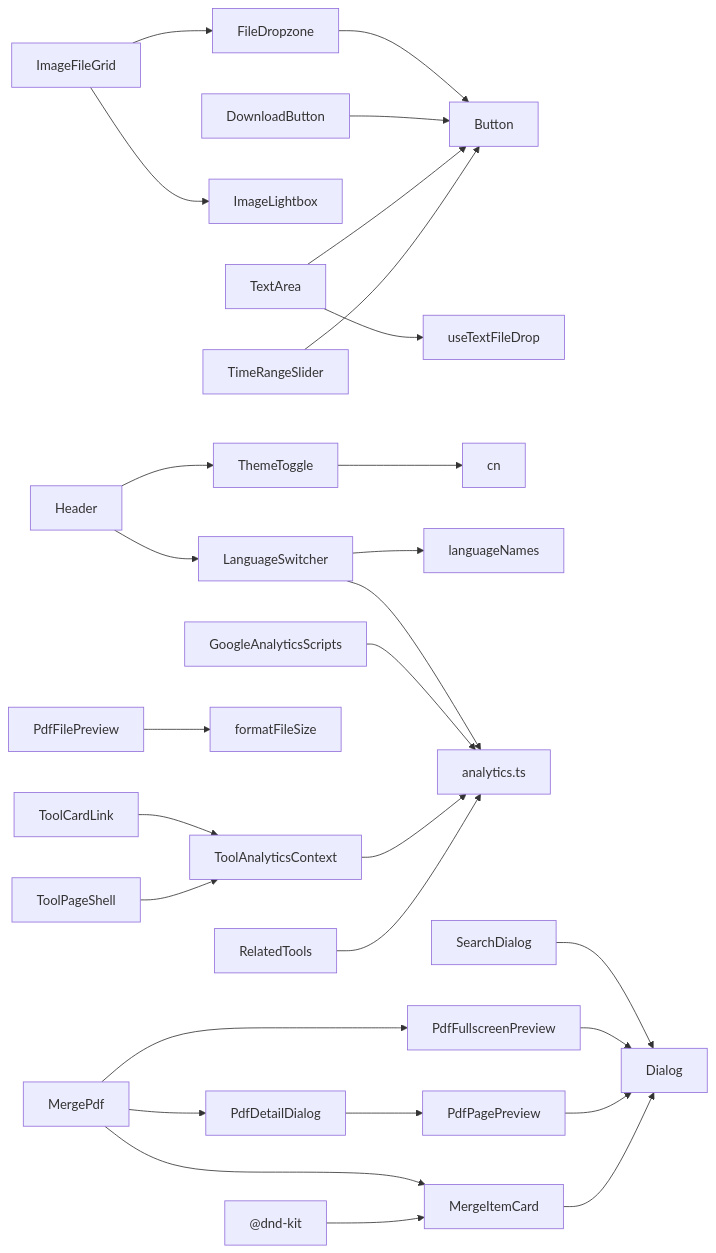
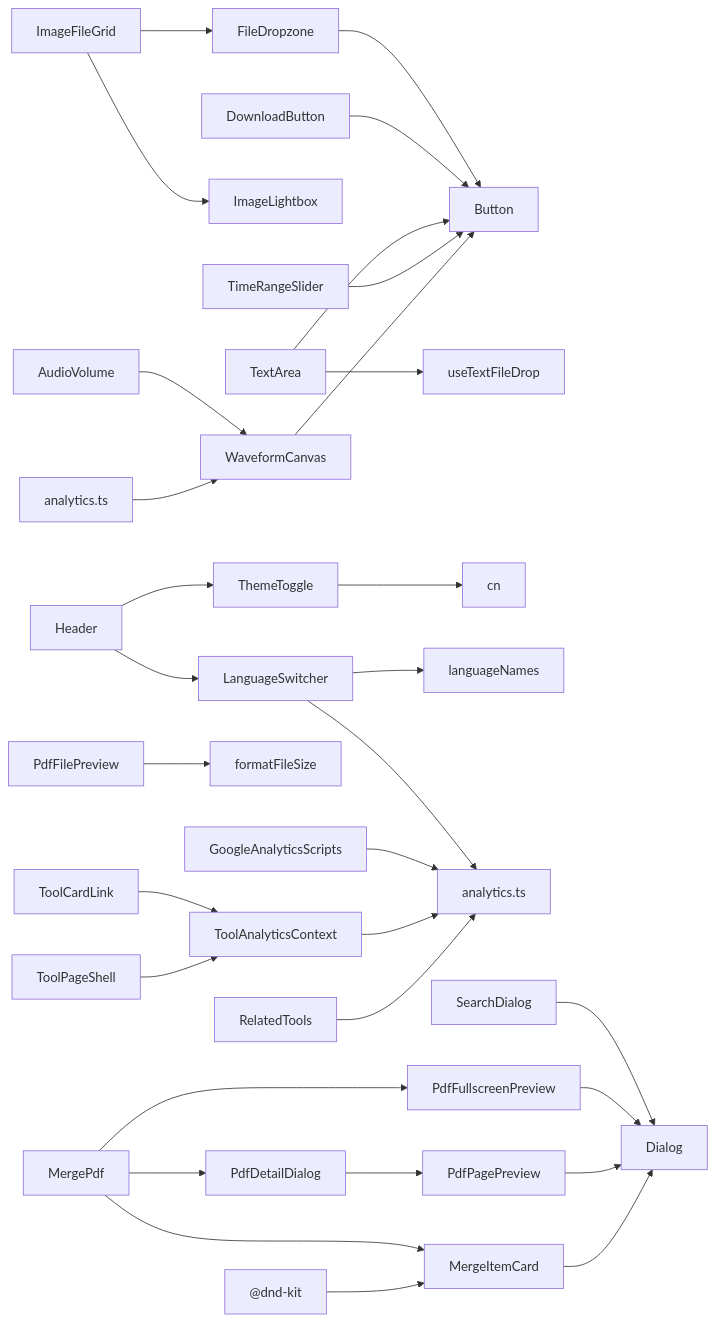
Before and after one commit to sgyy/privadeck: the seventh of 7 diagrams in .qoder/repowiki/zh/content/UI组件系统/共享组件/共享组件.md, drawn with Mermaid. The commit also changed other lines of this file and 3 other files, not shown here.

````diff
--- a/.qoder/repowiki/zh/content/UI组件系统/共享组件/共享组件.md
+++ b/.qoder/repowiki/zh/content/UI组件系统/共享组件/共享组件.md
@@ -1303,30 +1419,33 @@
 ```mermaid
 graph LR
 FDZ["FileDropzone"] --> BTN["Button"]
 DLB["DownloadButton"] --> BTN
 IFG["ImageFileGrid"] --> FDZ
 IFG --> ILB["ImageLightbox"]
 TA["TextArea"] --> BTN
 TA --> UTEXT["useTextFileDrop"]
 TT["ThemeToggle"] --> CN["cn"]
 LS["LanguageSwitcher"] --> LANGNAMES["languageNames"]
 LS --> ANALYTICS["analytics.ts"]
 SD["SearchDialog"] --> DLG["Dialog"]
 HDR["Header"] --> LS
 HDR --> TT
 GAS["GoogleAnalyticsScripts"] --> ANALYTICS
 TRS["TimeRangeSlider"] --> BTN
 PFP["PdfFullscreenPreview"] --> DLG
 PFPV["PdfFilePreview"] --> FS["formatFileSize"]
 PPP["PdfPagePreview"] --> DLG
 MIC["MergeItemCard"] --> DLG
 PDD["PdfDetailDialog"] --> PPP
 MPDF["MergePdf"] --> MIC
 MPDF --> PDD
 MPDF --> PFP
 TAC["ToolAnalyticsContext"] --> ANALYTICS
 TCL["ToolCardLink"] --> TAC
 TPS["ToolPageShell"] --> TAC
 RT["RelatedTools"] --> ANALYTICS
+WFC["WaveformCanvas"] --> BTN
+AV["AudioVolume"] --> WFC
+AN["analytics.ts"] --> WFC
 DK["@dnd-kit"] --> MIC
 ```
````
